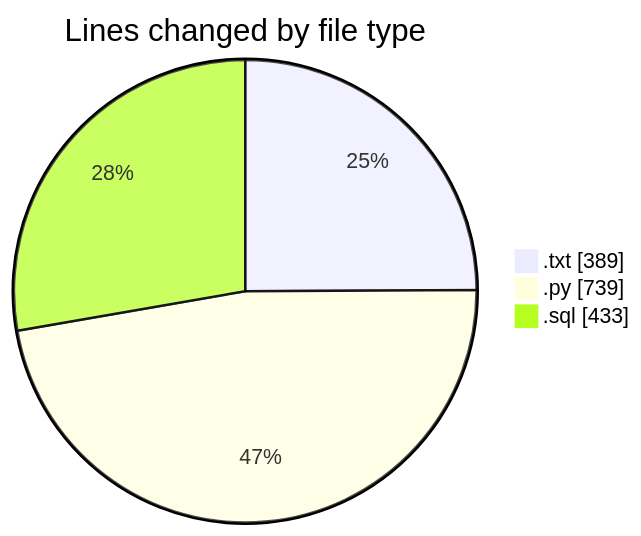
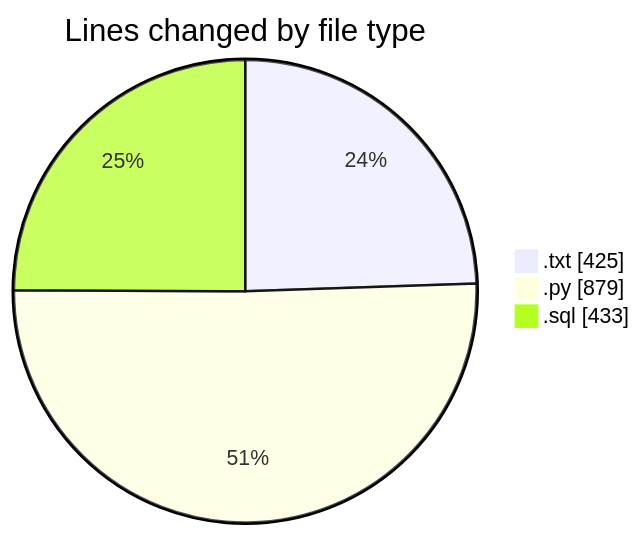
Before and after one commit to lephambinh05/code-tracking: the first of 2 diagrams in 2025-09-16/datanv/README.md, drawn with Mermaid. The commit also changed other lines of this file and 1 other file, not shown here.

````diff
--- a/2025-09-16/datanv/README.md
+++ b/2025-09-16/datanv/README.md
@@ -28,7 +31,7 @@
 ```mermaid
 pie showData
 title Lines changed by file type
-".txt" : 389
-".py" : 739
+".txt" : 425
+".py" : 879
 ".sql" : 433
 ```
````
